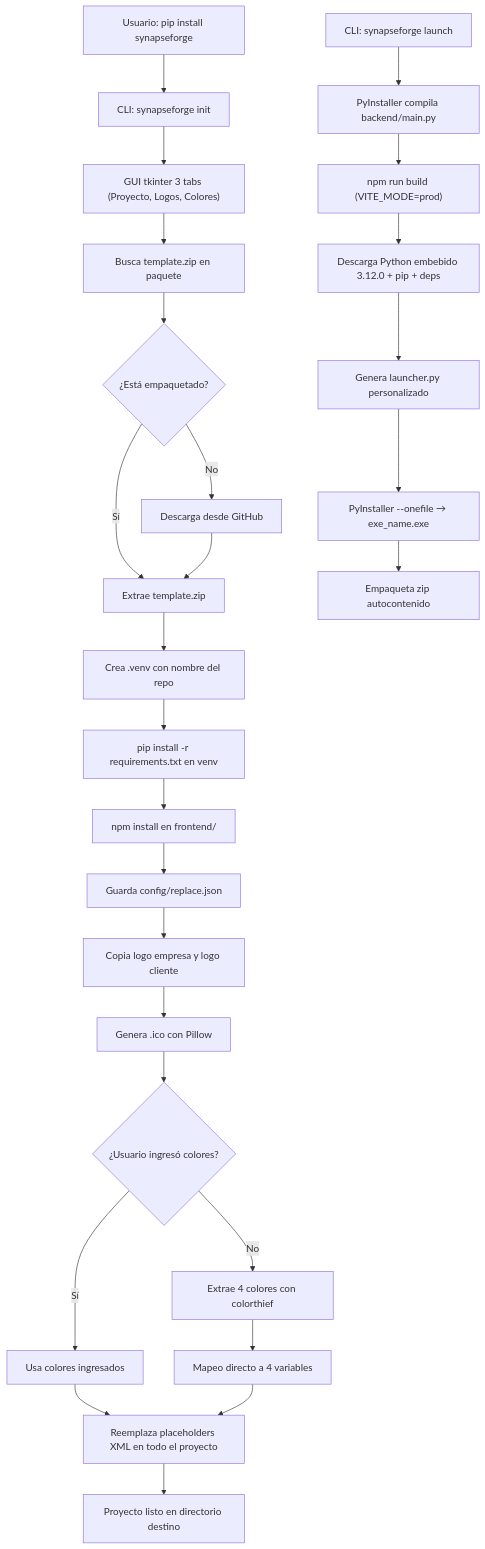
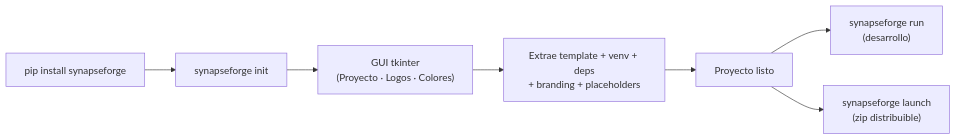
Before and after one commit to synapse-ai-hub/synapseForge: the diagram in README.md, drawn with Mermaid. The commit also changed other lines of this file and 21 other files, not shown here.

````diff
--- a/README.md
+++ b/README.md
@@ -274,30 +91,9 @@
 ```mermaid
-flowchart TD
-    A["Usuario: pip install synapseforge"] --> B["CLI: synapseforge init"]
-    B --> C["GUI tkinter 3 tabs (Proyecto, Logos, Colores)"]
-    C --> D["Busca template.zip en paquete"]
-    D --> E{"¿Está empaquetado?"}
-    E -->|"Sí"| F["Extrae template.zip"]
-    E -->|"No"| G["Descarga desde GitHub"]
-    G --> F
-    F --> H["Crea .venv con nombre del repo"]
-    H --> I["pip install -r requirements.txt en venv"]
-    I --> J["npm install en frontend/"]
-    J --> K["Guarda config/replace.json"]
-    K --> L["Copia logo empresa y logo cliente"]
-    L --> M["Genera .ico con Pillow"]
-    M --> N{"¿Usuario ingresó colores?"}
-    N -->|"Sí"| O["Usa colores ingresados"]
-    N -->|"No"| P["Extrae 4 colores con colorthief"]
-    P --> Q["Mapeo directo a 4 variables"]
-    O --> R["Reemplaza placeholders XML en todo el proyecto"]
-    Q --> R
-    R --> S["Proyecto listo en directorio destino"]
-
-    T["CLI: synapseforge launch"] --> U["PyInstaller compila backend/main.py"]
-    U --> V["npm run build (VITE_MODE=prod)"]
-    V --> W["Descarga Python embebido 3.12.0 + pip + deps"]
-    W --> X["Genera launcher.py personalizado"]
-    X --> Y["PyInstaller --onefile → exe_name.exe"]
-    Y --> Z["Empaqueta zip autocontenido"]
+flowchart LR
+    A["pip install synapseforge"] --> B["synapseforge init"]
+    B --> C["GUI tkinter<br/>(Proyecto · Logos · Colores)"]
+    C --> D["Extrae template + venv + deps<br/>+ branding + placeholders"]
+    D --> E["Proyecto listo"]
+    E --> F["synapseforge run<br/>(desarrollo)"]
+    E --> G["synapseforge launch<br/>(zip distribuible)"]
 ```
````
